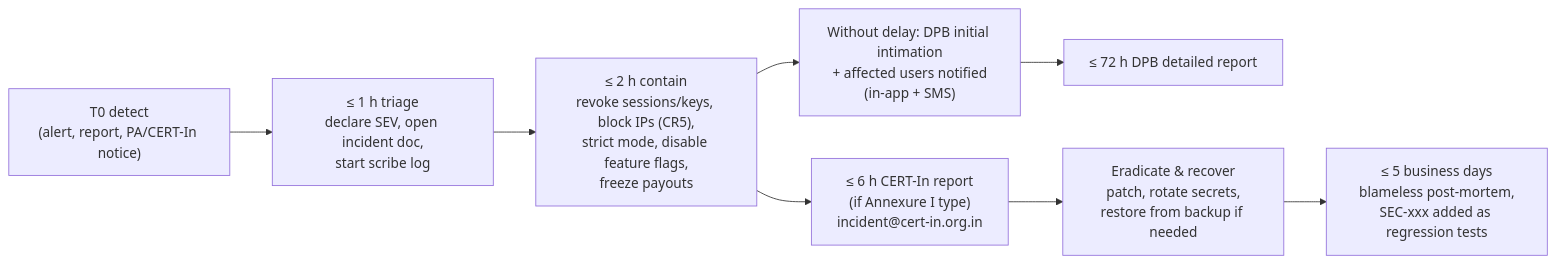
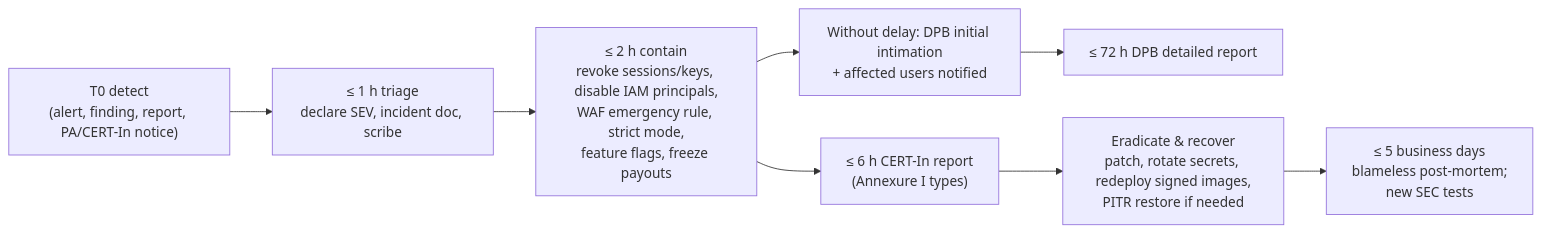
Before and after one commit to storetmobiles2-code/rovo: the third of 3 diagrams in docs/planning/19-security-threat-model.md, drawn with Mermaid. The commit also changed other lines of this file and 11 other files, not shown here.

````diff
--- a/docs/planning/19-security-threat-model.md
+++ b/docs/planning/19-security-threat-model.md
@@ -989,10 +1092,10 @@
 ```mermaid
 flowchart LR
-  T0["T0 detect<br/>(alert, report, PA/CERT-In notice)"] --> T1["≤ 1 h triage<br/>declare SEV, open incident doc,<br/>start scribe log"]
-  T1 --> T2["≤ 2 h contain<br/>revoke sessions/keys, block IPs (CR5),<br/>strict mode, disable feature flags,<br/>freeze payouts"]
-  T2 --> T3["≤ 6 h CERT-In report<br/>(if Annexure I type)<br/>incident@cert-in.org.in"]
-  T2 --> T4["Without delay: DPB initial intimation<br/>+ affected users notified<br/>(in-app + SMS)"]
+  T0["T0 detect<br/>(alert, finding, report, PA/CERT-In notice)"] --> T1["≤ 1 h triage<br/>declare SEV, incident doc, scribe"]
+  T1 --> T2["≤ 2 h contain<br/>revoke sessions/keys, disable IAM principals,<br/>WAF emergency rule, strict mode,<br/>feature flags, freeze payouts"]
+  T2 --> T3["≤ 6 h CERT-In report<br/>(Annexure I types)"]
+  T2 --> T4["Without delay: DPB initial intimation<br/>+ affected users notified"]
   T4 --> T5["≤ 72 h DPB detailed report"]
-  T3 --> T6["Eradicate & recover<br/>patch, rotate secrets,<br/>restore from backup if needed"]
-  T6 --> T7["≤ 5 business days<br/>blameless post-mortem,<br/>SEC-xxx added as regression tests"]
+  T3 --> T6["Eradicate & recover<br/>patch, rotate secrets, redeploy signed images,<br/>PITR restore if needed"]
+  T6 --> T7["≤ 5 business days<br/>blameless post-mortem;<br/>new SEC tests"]
 ```
````
